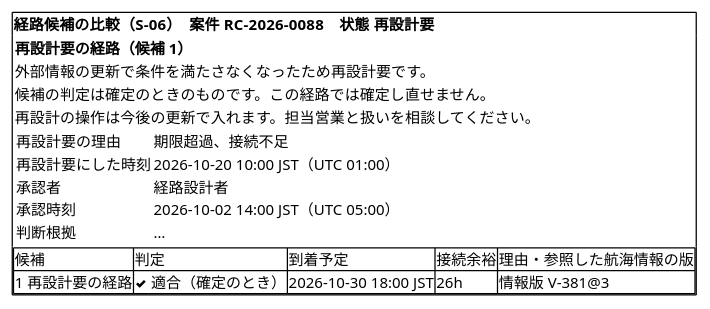
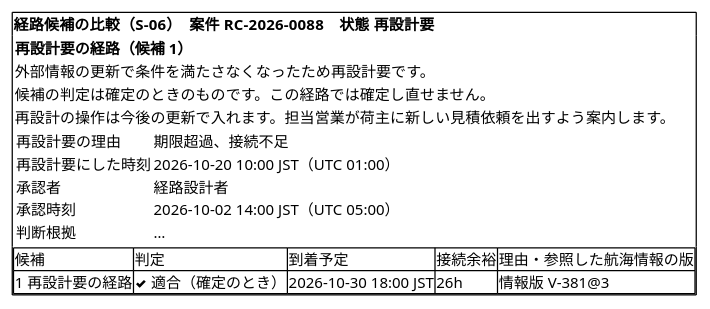
Before and after one commit to k2works/practical-domain-driven-design-in-enterpris-application: diagram 23 of 47 in docs/design/cargo-tracker/ui_design.md, drawn with PlantUML. The commit also changed other lines of this file and 4 other files, not shown here.

````diff
--- a/docs/design/cargo-tracker/ui_design.md
+++ b/docs/design/cargo-tracker/ui_design.md
@@ -1152,24 +1152,24 @@
 ```plantuml
 @startsalt
 {+
   <b>経路候補の比較（S-06）　案件 RC-2026-0088　状態 再設計要
   {
     <b>再設計要の経路（候補 1）
     外部情報の更新で条件を満たさなくなったため再設計要です。
     候補の判定は確定のときのものです。この経路では確定し直せません。
-    再設計の操作は今後の更新で入れます。担当営業と扱いを相談してください。
+    再設計の操作は今後の更新で入れます。担当営業が荷主に新しい見積依頼を出すよう案内します。
     {
       再設計要の理由 | 期限超過、接続不足
       再設計要にした時刻 | 2026-10-20 10:00 JST（UTC 01:00）
       承認者 | 経路設計者
       承認時刻 | 2026-10-02 14:00 JST（UTC 05:00）
       判断根拠 | …
     }
   }
   {#
     候補 | 判定 | 到着予定 | 接続余裕 | 理由・参照した航海情報の版
     1 再設計要の経路 | <&check> 適合（確定のとき） | 2026-10-30 18:00 JST | 26h | 情報版 V-381@3
   }
 }
 @endsalt
 ```
````
